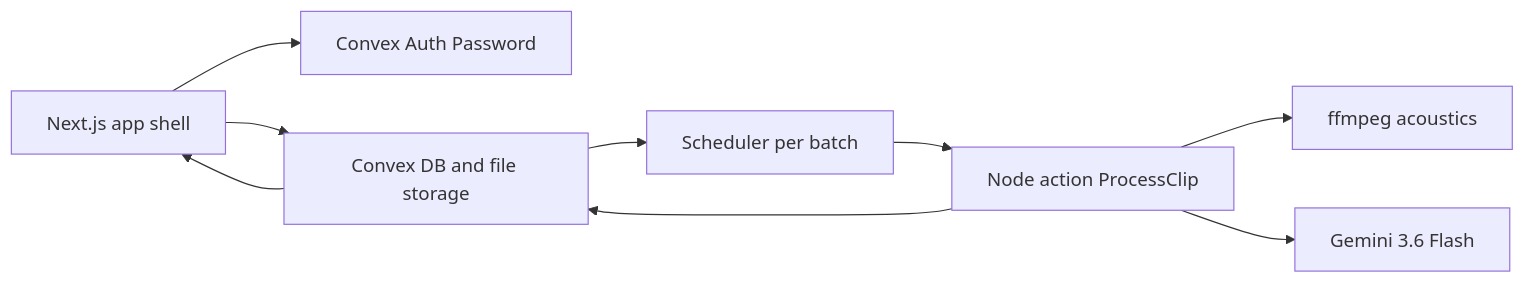
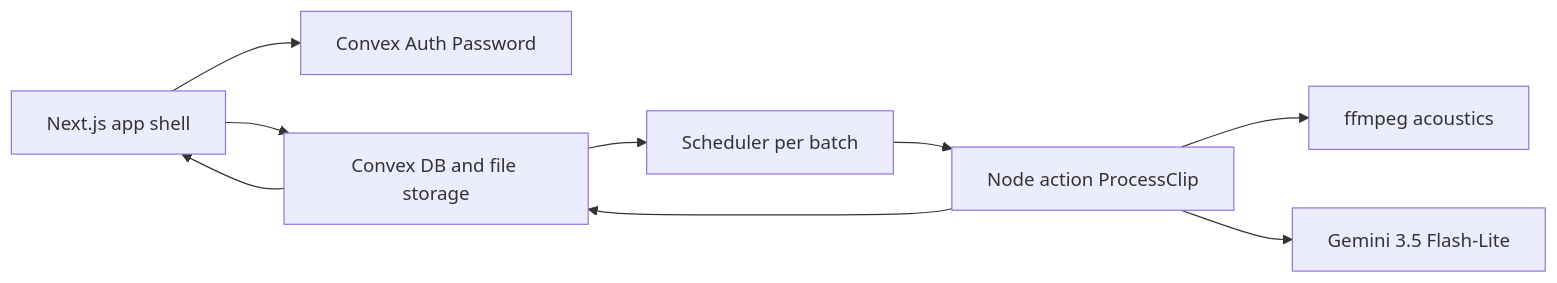
One commit to ftsaylon/autoace-voice-trial changed the first of 2 diagrams in docs/ARCHITECTURE.md. Above: the diagram before and after it, drawn with Mermaid. The commit also changed other lines of this file and 62 other files, not shown here.

````diff
--- a/docs/ARCHITECTURE.md
+++ b/docs/ARCHITECTURE.md
@@ -5,19 +5,19 @@
 ```mermaid
 flowchart LR
   UI[Next.js app shell]
   Auth[Convex Auth Password]
   Conv[Convex DB and file storage]
   Sched[Scheduler per batch]
   Act[Node action ProcessClip]
-  Gem[Gemini 3.6 Flash]
+  Gem[Gemini 3.5 Flash-Lite]
   Ff[ffmpeg acoustics]
 
   UI --> Auth
   UI --> Conv
   Conv --> Sched
   Sched --> Act
   Act --> Ff
   Act --> Gem
   Act --> Conv
   Conv --> UI
 ```
````
